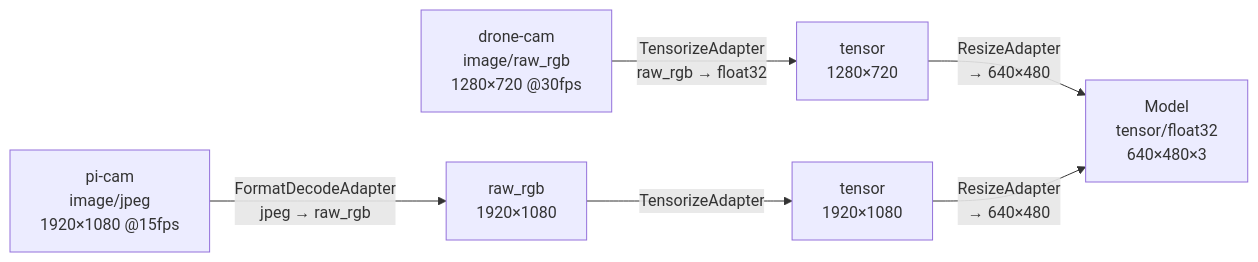
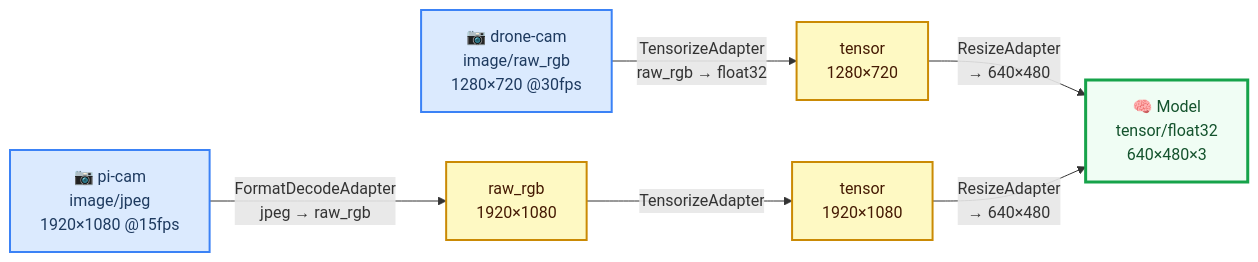
Before and after one commit to student-kshitish/device-to-agent: the fourth of 5 diagrams in README.md, drawn with Mermaid. The commit also changed other lines of this file, not shown here.

Commit message:
Add comprehensive README with full system architecture

````diff
--- a/README.md
+++ b/README.md
@@ -148,13 +174,24 @@
 ```mermaid
 flowchart LR
-    DC["drone-cam\nimage/raw_rgb\n1280×720 @30fps"]
-    PC["pi-cam\nimage/jpeg\n1920×1080 @15fps"]
-    M["Model\ntensor/float32\n640×480×3"]
+    DC["📷 drone-cam\nimage/raw_rgb\n1280×720 @30fps"]
+    PC["📷 pi-cam\nimage/jpeg\n1920×1080 @15fps"]
+    T1["tensor\n1280×720"]
+    R2["raw_rgb\n1920×1080"]
+    T2["tensor\n1920×1080"]
+    M["🧠 Model\ntensor/float32\n640×480×3"]
 
-    DC -->|"TensorizeAdapter\nraw_rgb → float32"| T1["tensor\n1280×720"]
+    DC -->|"TensorizeAdapter\nraw_rgb → float32"| T1
     T1 -->|"ResizeAdapter\n→ 640×480"| M
 
-    PC -->|"FormatDecodeAdapter\njpeg → raw_rgb"| R2["raw_rgb\n1920×1080"]
-    R2 -->|"TensorizeAdapter"| T2["tensor\n1920×1080"]
+    PC -->|"FormatDecodeAdapter\njpeg → raw_rgb"| R2
+    R2 -->|"TensorizeAdapter"| T2
     T2 -->|"ResizeAdapter\n→ 640×480"| M
+
+    classDef camera  fill:#dbeafe,stroke:#3b82f6,stroke-width:2px,color:#1e3a5f
+    classDef adapter fill:#fef9c3,stroke:#ca8a04,stroke-width:2px,color:#451a03
+    classDef model   fill:#f0fdf4,stroke:#16a34a,stroke-width:3px,color:#14532d
+
+    class DC,PC camera
+    class T1,R2,T2 adapter
+    class M model
 ```
````
